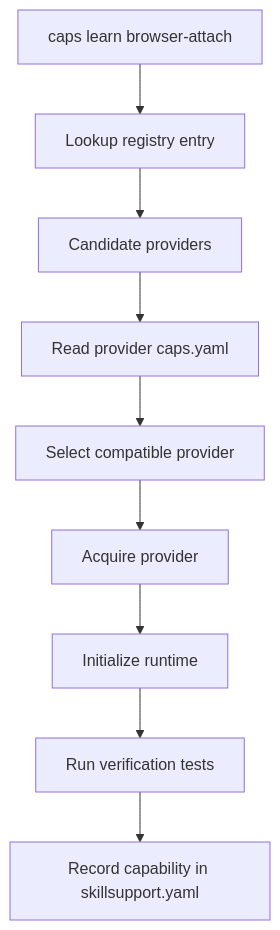
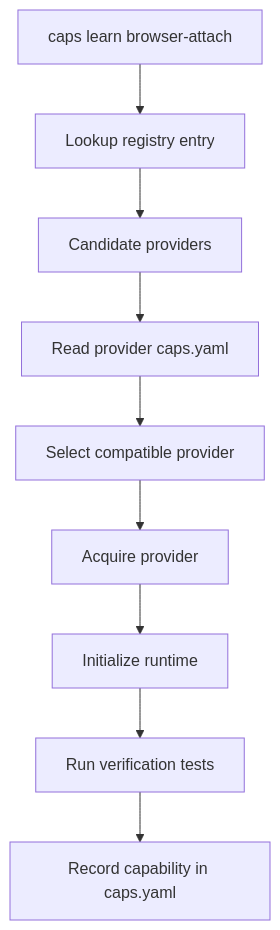
The diagram in docs/architecture.md (jamesdigid/SkillSupply), drawn with Mermaid before and after one commit. The commit also changed 20 other files, not shown here.

````diff
--- a/docs/architecture.md
+++ b/docs/architecture.md
@@ -15,11 +15,11 @@
 ```mermaid
 flowchart TD
   learn["caps learn browser-attach"] --> registry[Lookup registry entry]
   registry --> candidates[Candidate providers]
   candidates --> manifest[Read provider caps.yaml]
   manifest --> select[Select compatible provider]
   select --> acquire[Acquire provider]
   acquire --> init[Initialize runtime]
   init --> verify[Run verification tests]
-  verify --> ready[Record capability in skillsupport.yaml]
+  verify --> ready[Record capability in caps.yaml]
 ```
````
